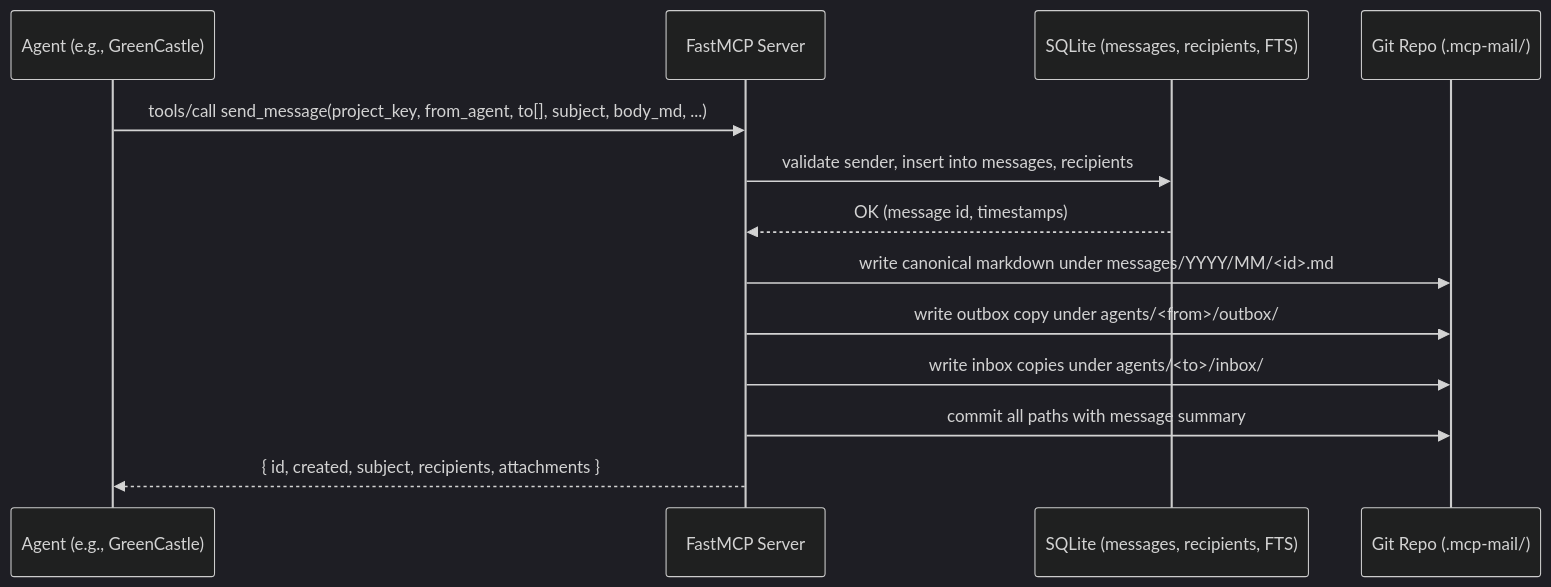
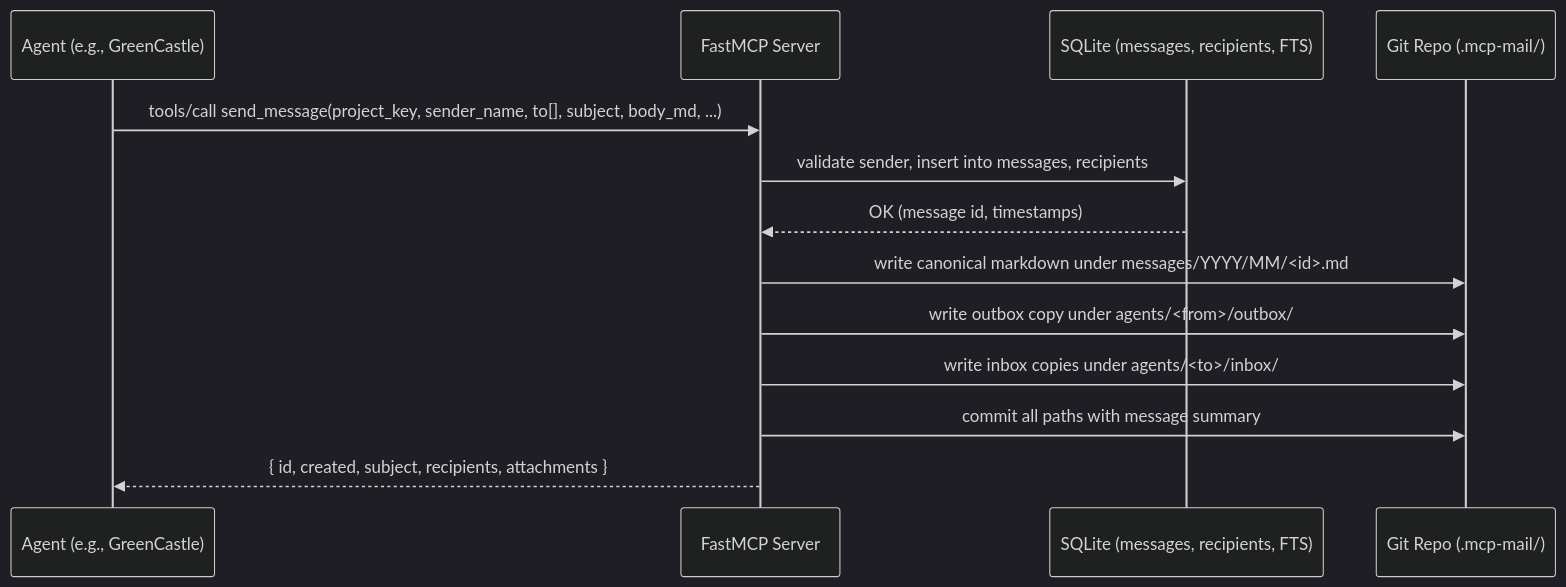
One commit to Dicklesworthstone/mcp_agent_mail changed the second of 4 diagrams in README.md. Above: the diagram before and after it, drawn with Mermaid (dark theme). The commit also changed other lines of this file and 9 other files, not shown here.

First line of the commit message:
feat(security,ux): add markup injection protection, parameter aliases, and tooling schema resource

````diff
--- a/README.md
+++ b/README.md
@@ -255,16 +255,16 @@
 ```mermaid
 sequenceDiagram
   participant Agent as Agent (e.g., GreenCastle)
   participant Server as FastMCP Server
   participant DB as SQLite (messages, recipients, FTS)
   participant Git as Git Repo (.mcp-mail/)
 
-  Agent->>Server: tools/call send_message(project_key, from_agent, to[], subject, body_md, ...)
+  Agent->>Server: tools/call send_message(project_key, sender_name, to[], subject, body_md, ...)
   Server->>DB: validate sender, insert into messages, recipients
   DB-->>Server: OK (message id, timestamps)
   Server->>Git: write canonical markdown under messages/YYYY/MM/<id>.md
   Server->>Git: write outbox copy under agents/<from>/outbox/
   Server->>Git: write inbox copies under agents/<to>/inbox/
   Server->>Git: commit all paths with message summary
   Server-->>Agent: { id, created, subject, recipients, attachments }
 ```
````
